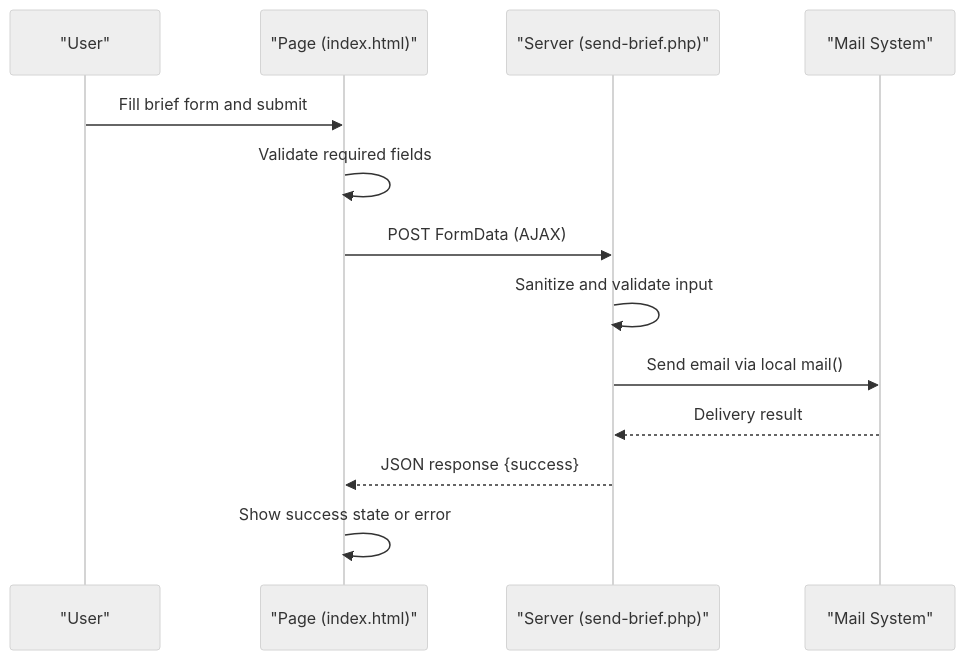
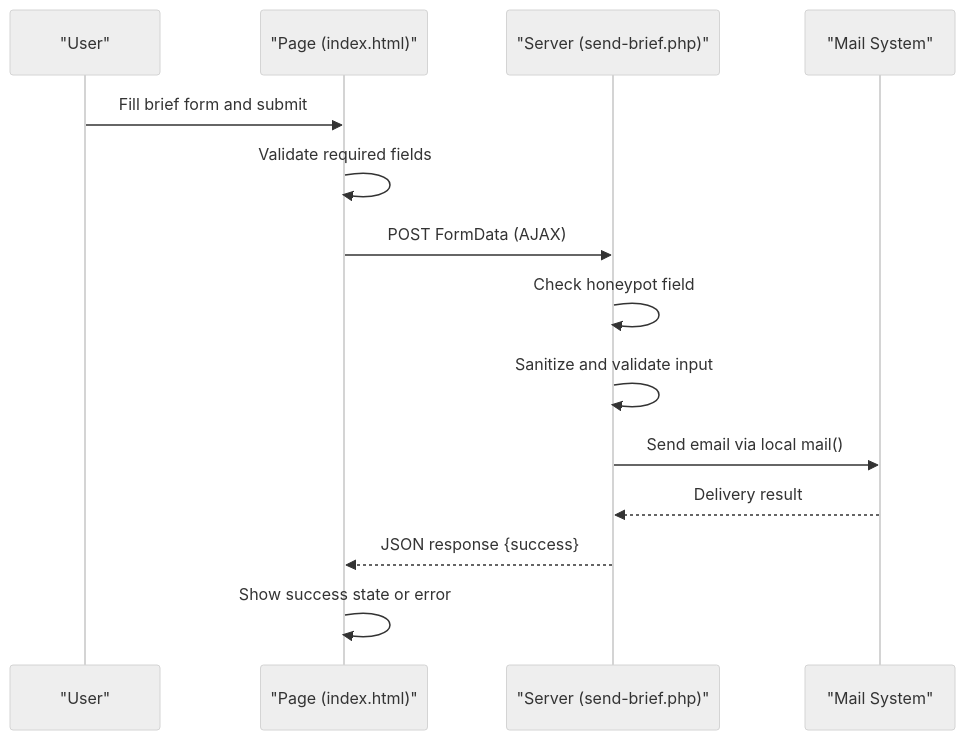
One commit to Vostrikov2014/emoo changed the second of 10 diagrams in .qoder/repowiki/en/content/File Reference/index.html - Main Website Frontend.md. Above: the diagram before and after it, drawn with Mermaid (neutral theme). The commit also changed other lines of this file and 4 other files, not shown here.

````diff
--- a/.qoder/repowiki/en/content/File Reference/index.html - Main Website Frontend.md
+++ b/.qoder/repowiki/en/content/File Reference/index.html - Main Website Frontend.md
@@ -76,15 +84,16 @@
 ```mermaid
 sequenceDiagram
 participant U as "User"
 participant P as "Page (index.html)"
 participant S as "Server (send-brief.php)"
 participant E as "Mail System"
 U->>P : Fill brief form and submit
 P->>P : Validate required fields
 P->>S : POST FormData (AJAX)
+S->>S : Check honeypot field
 S->>S : Sanitize and validate input
 S->>E : Send email via local mail()
 E-->>S : Delivery result
 S-->>P : JSON response {success}
 P->>P : Show success state or error
 ```
````
